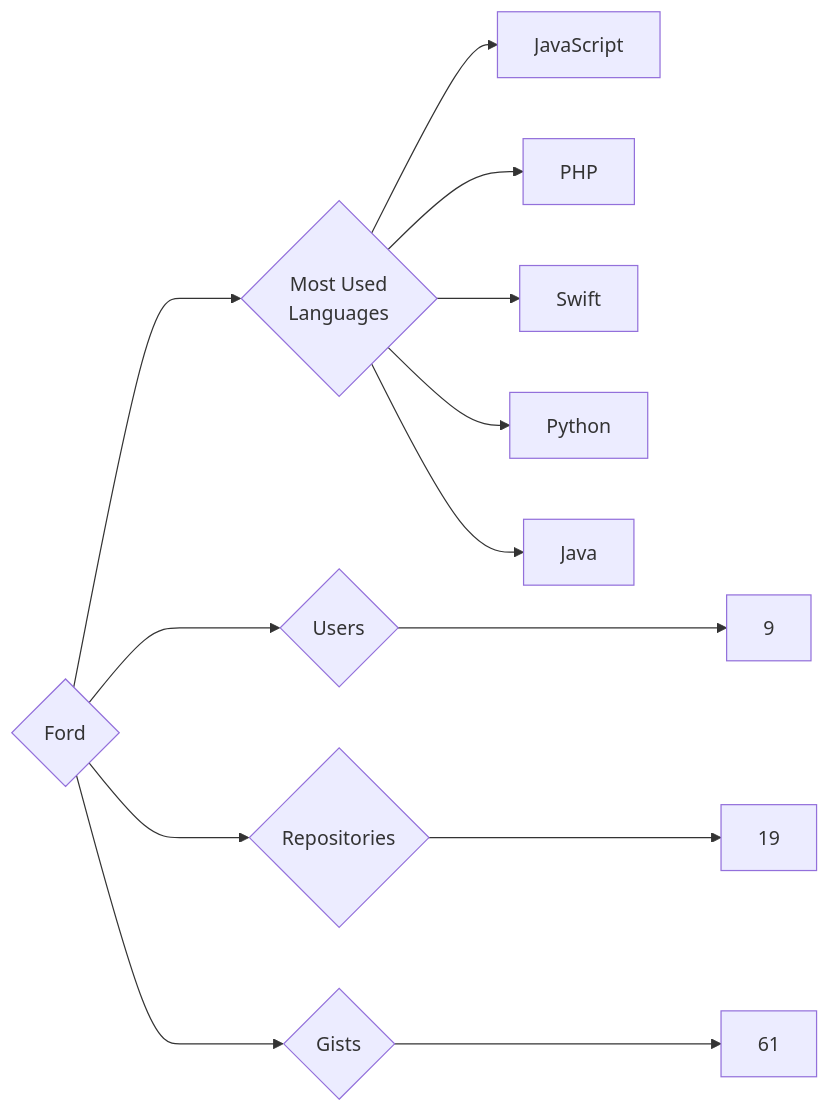
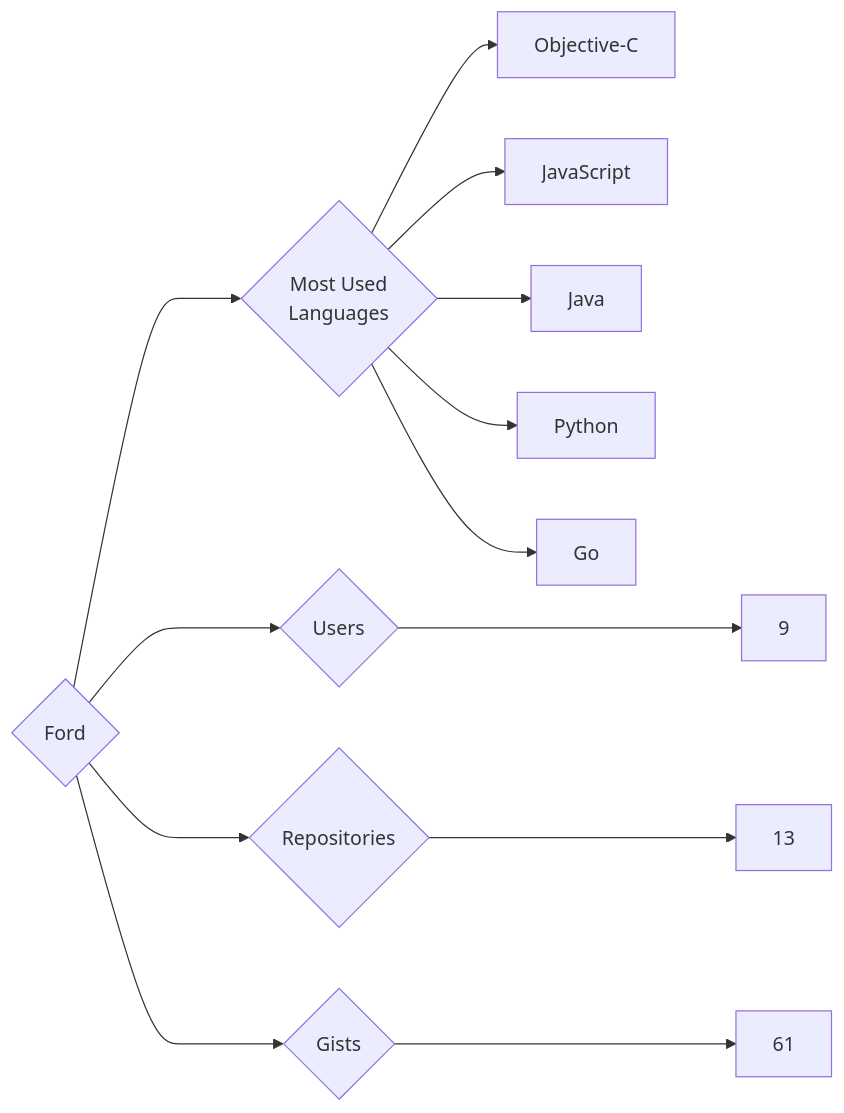
Before and after one commit to trickest/insiders: the diagram in targets/Ford/README.md, drawn with Mermaid. The commit also changed 1166 other files, not shown here.

````diff
--- a/targets/Ford/README.md
+++ b/targets/Ford/README.md
@@ -3,13 +3,13 @@
 ```mermaid
 graph LR
 COMPANY_NAME{Ford}
 COMPANY_NAME ---> U{Users} ---> UN[9]
-COMPANY_NAME ---> R{Repositories} ---> RN[19]
+COMPANY_NAME ---> R{Repositories} ---> RN[13]
 COMPANY_NAME ---> G{Gists} ---> GN[61]
 COMPANY_NAME ---> ML{Most Used<br>Languages}
+ML --> Objective-C[Objective-C]
 ML --> JavaScript[JavaScript]
-ML --> PHP[PHP]
-ML --> Swift[Swift]
+ML --> Java[Java]
 ML --> Python[Python]
-ML --> Java[Java]
+ML --> Go[Go]
 ```
````
